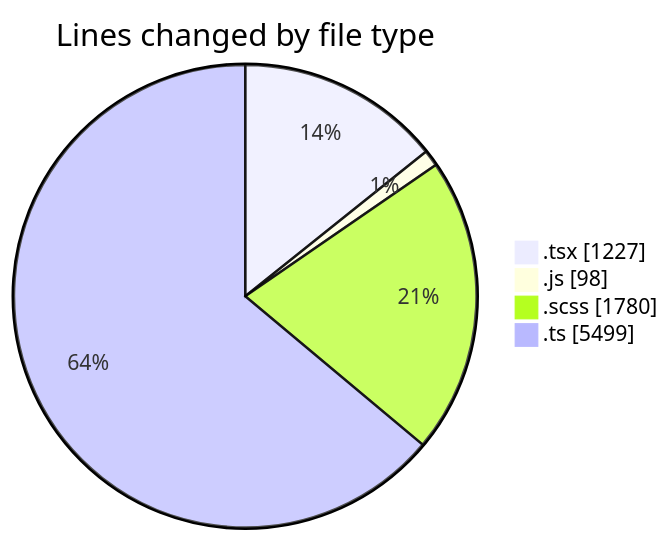
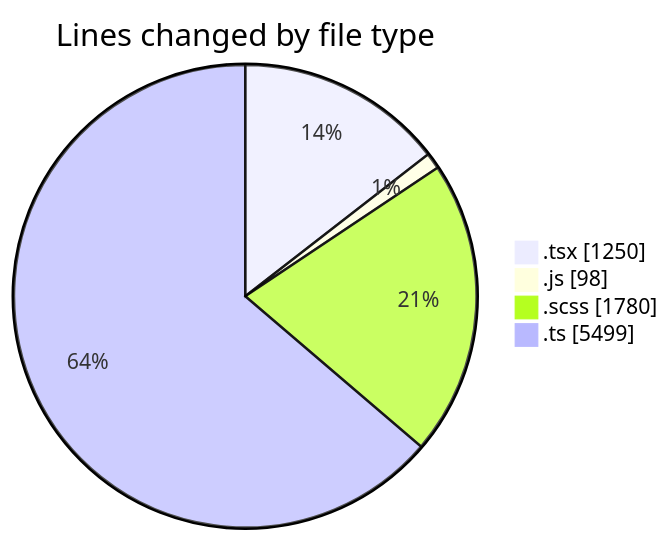
The first of 2 diagrams in 2025-03-31/cda/README.md (momahboobian/code-tracking), drawn with Mermaid before and after one commit. The commit also changed other lines of this file and 1 other file, not shown here.

````diff
--- a/2025-03-31/cda/README.md
+++ b/2025-03-31/cda/README.md
@@ -39,8 +39,8 @@
 ```mermaid
 pie showData
 title Lines changed by file type
-".tsx" : 1227
+".tsx" : 1250
 ".js" : 98
 ".scss" : 1780
 ".ts" : 5499
 ```
````
